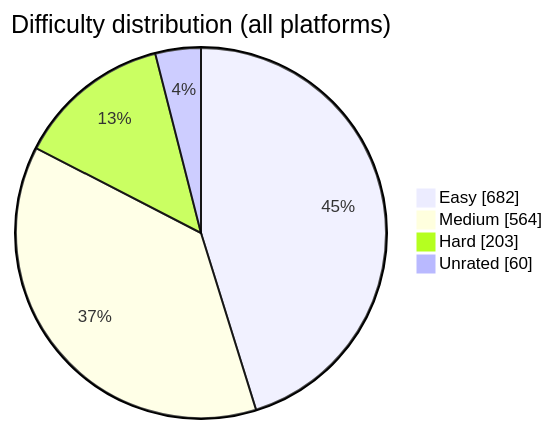
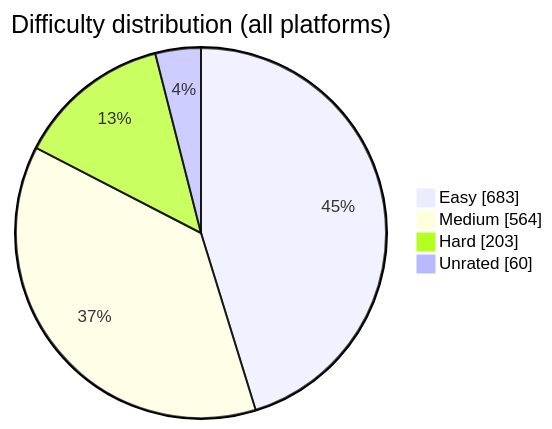
The diagram in README.md (BuildbyArindam/Daily-Coding-Log), drawn with Mermaid before and after one commit. The commit also changed other lines of this file, not shown here.

````diff
--- a/README.md
+++ b/README.md
@@ -93,7 +93,7 @@
 ```mermaid
 pie showData title Difficulty distribution (all platforms)
-    "Easy" : 682
+    "Easy" : 683
     "Medium" : 564
     "Hard" : 203
     "Unrated" : 60
 ```
````
